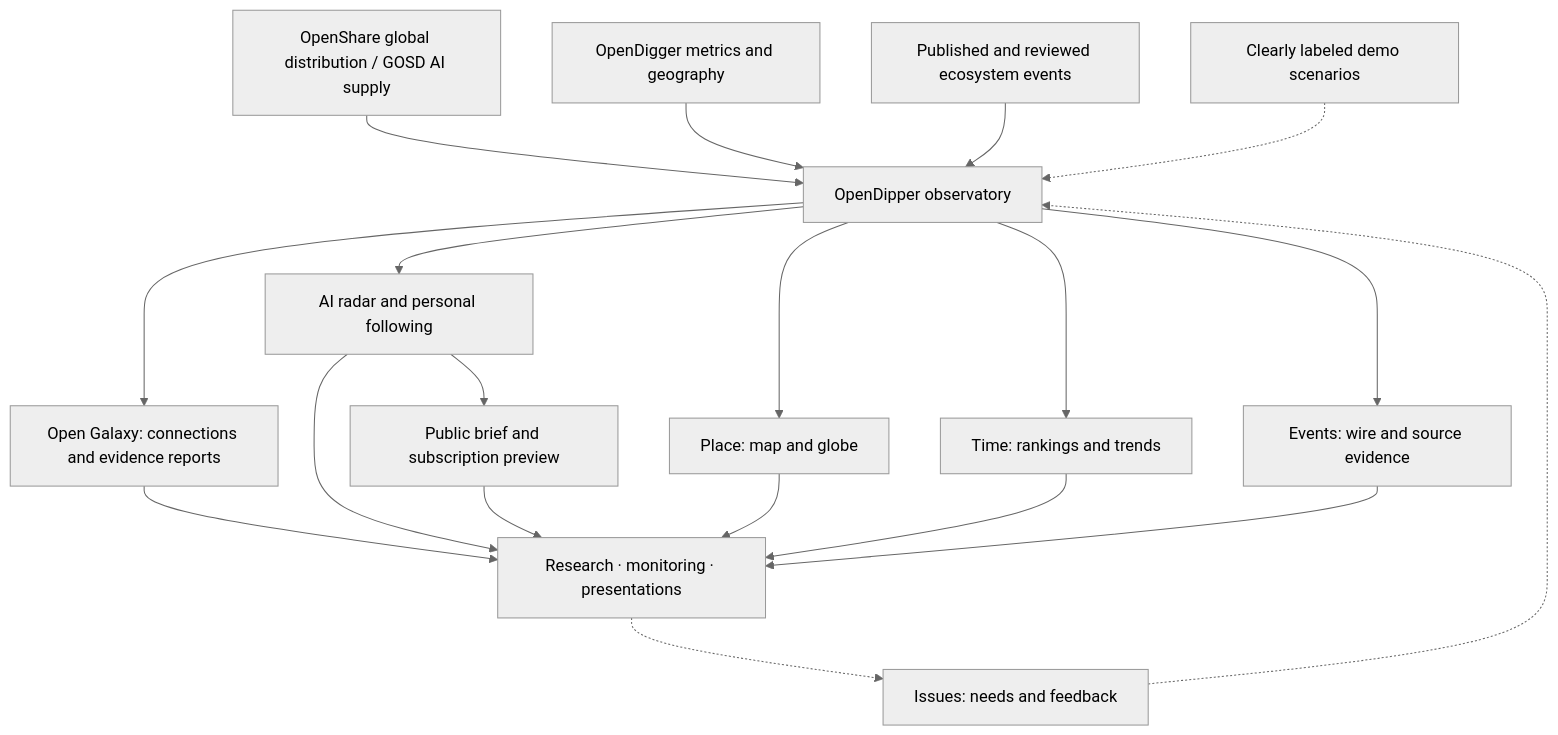
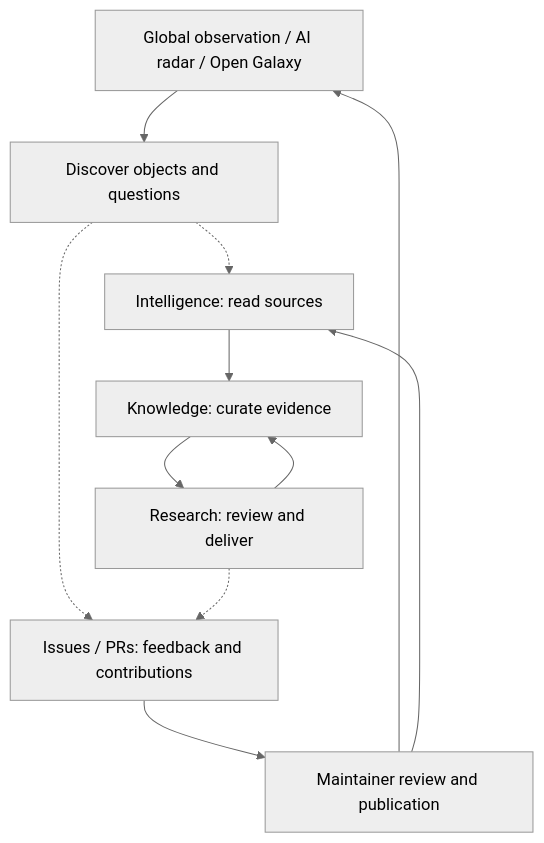
Before and after one commit to X-lab2017/open-dipper: the first of 2 diagrams in README.md, drawn with Mermaid (neutral theme). The commit also changed other lines of this file and 12 other files, not shown here.

````diff
--- a/README.md
+++ b/README.md
@@ -114,21 +122,20 @@
 ```mermaid
 flowchart TD
-  GS["OpenShare global distribution / GOSD AI supply"] --> O
-  M["OpenDigger metrics and geography"] --> O["OpenDipper observatory"]
-  E["Published and reviewed ecosystem events"] --> O
-  D["Clearly labeled demo scenarios"] -.-> O
-  O --> G["Place: map and globe"]
-  O --> T["Time: rankings and trends"]
-  O --> W["Events: wire and source evidence"]
-  O --> R["AI radar and personal following"]
-  O --> X["Open Galaxy: connections and evidence reports"]
-  X --> V
-  R --> V
-  R --> S["Public brief and subscription preview"]
-  S --> V
-  G --> V["Research · monitoring · presentations"]
-  T --> V
-  W --> V
-  V -.-> I["Issues: needs and feedback"]
-  I -.-> O
+  A["Global observation / AI radar / Open Galaxy"]
+  B["Discover objects and questions"]
+  C["Intelligence: read sources"]
+  D["Knowledge: curate evidence"]
+  E["Research: review and deliver"]
+  F["Issues / PRs: feedback and contributions"]
+  G["Maintainer review and publication"]
+  A --> B
+  B -.-> C
+  C --> D
+  D --> E
+  E --> D
+  B -.-> F
+  E -.-> F
+  F --> G
+  G --> A
+  G --> C
 ```
````
